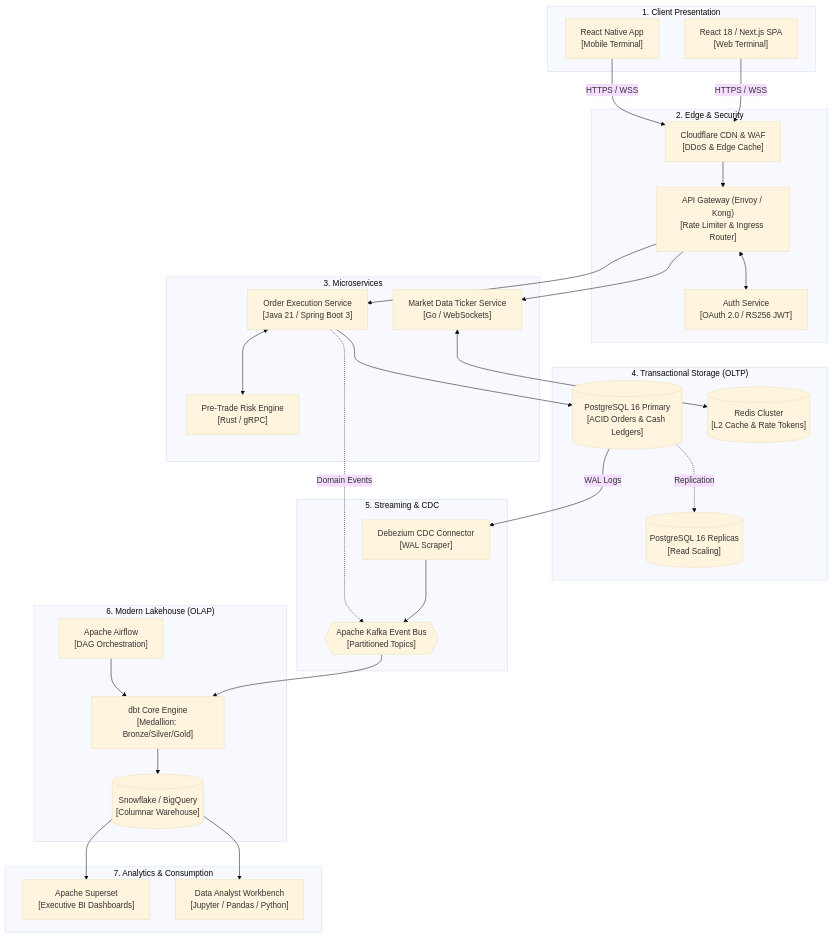
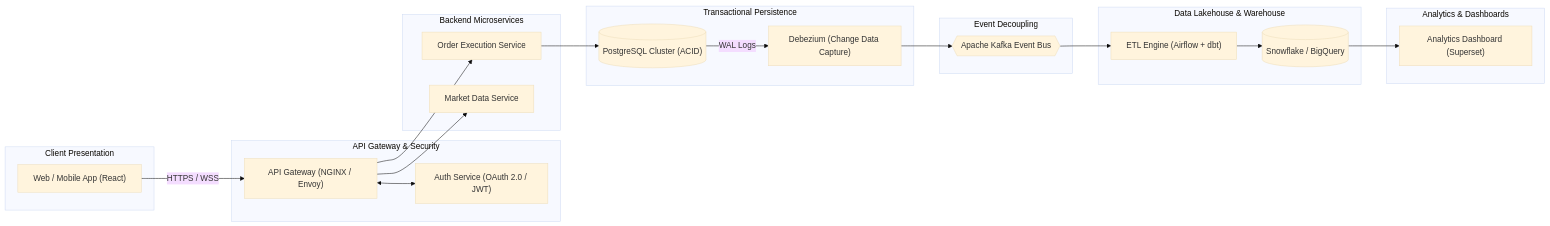
One commit to tanay1704/fintech-quantitative-foundation changed the diagram in README.md. Above: the diagram before and after it, drawn with Mermaid (base theme). The commit also changed other lines of this file, not shown here.

````diff
--- a/README.md
+++ b/README.md
@@ -35,60 +32,45 @@
 ```mermaid
-graph TB
-    subgraph Client_Tier ["1. Client Presentation"]
-        SPA["React 18 / Next.js SPA<br/>[Web Terminal]"]
-        MOB["React Native App<br/>[Mobile Terminal]"]
+graph LR
+    subgraph Client ["Client Presentation"]
+        UI["Web / Mobile App (React)"]
     end
 
-    subgraph Ingress_Tier ["2. Edge & Security"]
-        CDN["Cloudflare CDN & WAF<br/>[DDoS & Edge Cache]"]
-        GW["API Gateway (Envoy / Kong)<br/>[Rate Limiter & Ingress Router]"]
-        AUTH["Auth Service<br/>[OAuth 2.0 / RS256 JWT]"]
+    subgraph Gateway ["API Gateway & Security"]
+        GW["API Gateway (NGINX / Envoy)"]
+        AUTH["Auth Service (OAuth 2.0 / JWT)"]
     end
 
-    subgraph Service_Tier ["3. Microservices"]
-        ORD["Order Execution Service<br/>[Java 21 / Spring Boot 3]"]
-        RMS["Pre-Trade Risk Engine<br/>[Rust / gRPC]"]
-        MKT["Market Data Ticker Service<br/>[Go / WebSockets]"]
+    subgraph Backend ["Backend Microservices"]
+        ORD["Order Execution Service"]
+        MKT["Market Data Service"]
     end
 
-    subgraph Persistence_Tier ["4. Transactional Storage (OLTP)"]
-        PG_PRIMARY[("PostgreSQL 16 Primary<br/>[ACID Orders & Cash Ledgers]")]
-        PG_REPLICA[("PostgreSQL 16 Replicas<br/>[Read Scaling]")]
-        REDIS[("Redis Cluster<br/>[L2 Cache & Rate Tokens]")]
+    subgraph OLTP ["Transactional Persistence"]
+        DB[("PostgreSQL Cluster (ACID)")]
+        CDC["Debezium (Change Data Capture)"]
     end
 
-    subgraph Streaming_Tier ["5. Streaming & CDC"]
-        CDC["Debezium CDC Connector<br/>[WAL Scraper]"]
-        KAFKA{{"Apache Kafka Event Bus<br/>[Partitioned Topics]"}}
+    subgraph Streaming ["Event Decoupling"]
+        KAFKA{{"Apache Kafka Event Bus"}}
     end
 
-    subgraph Lakehouse_Tier ["6. Modern Lakehouse (OLAP)"]
-        AIRFLOW["Apache Airflow<br/>[DAG Orchestration]"]
-        DBT["dbt Core Engine<br/>[Medallion: Bronze/Silver/Gold]"]
-        DW[("Snowflake / BigQuery<br/>[Columnar Warehouse]")]
+    subgraph Lakehouse ["Data Lakehouse & Warehouse"]
+        ETL["ETL Engine (Airflow + dbt)"]
+        DW[("Snowflake / BigQuery")]
     end
 
-    subgraph BI_Tier ["7. Analytics & Consumption"]
-        BI["Apache Superset<br/>[Executive BI Dashboards]"]
-        JUPYTER["Data Analyst Workbench<br/>[Jupyter / Pandas / Python]"]
+    subgraph BI ["Analytics & Dashboards"]
+        DASH["Analytics Dashboard (Superset)"]
     end
 
-    SPA -->|HTTPS / WSS| CDN
-    MOB -->|HTTPS / WSS| CDN
-    CDN --> GW
+    UI -->|HTTPS / WSS| GW
     GW <--> AUTH
     GW --> ORD
     GW --> MKT
-    ORD <--> RMS
-    MKT <--> REDIS
-    ORD --> PG_PRIMARY
-    PG_PRIMARY -.->|Replication| PG_REPLICA
-    PG_PRIMARY -->|WAL Logs| CDC
+    ORD --> DB
+    DB -->|WAL Logs| CDC
     CDC --> KAFKA
-    ORD -.->|Domain Events| KAFKA
-    KAFKA --> DBT
-    AIRFLOW --> DBT
-    DBT --> DW
-    DW --> BI
-    DW --> JUPYTER
+    KAFKA --> ETL
+    ETL --> DW
+    DW --> DASH
 ```
````
